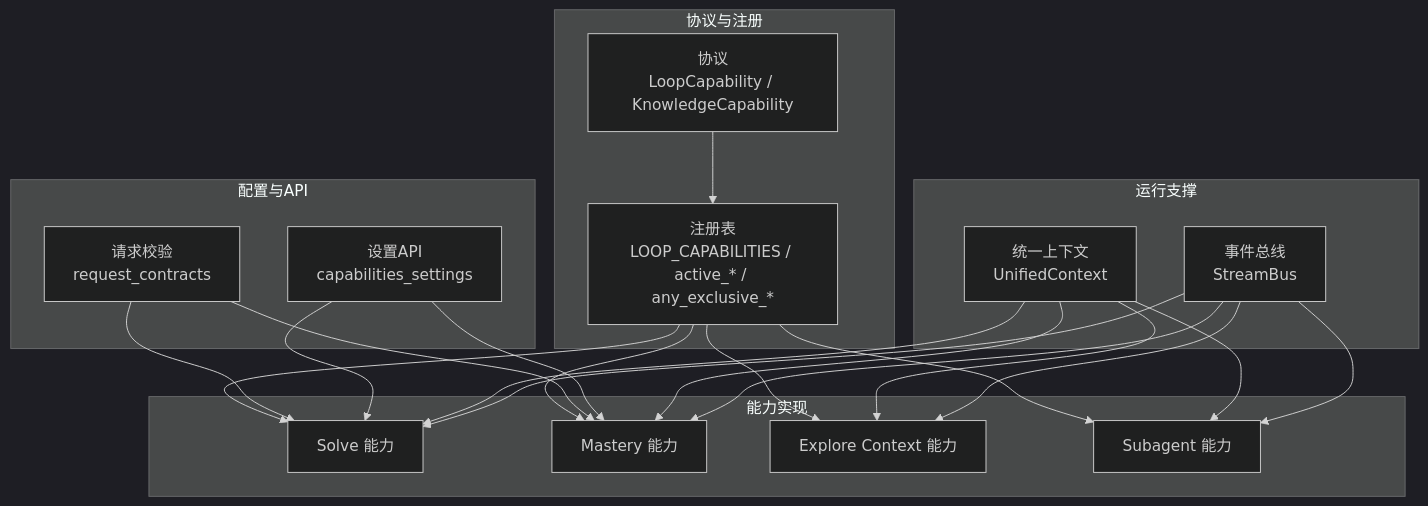
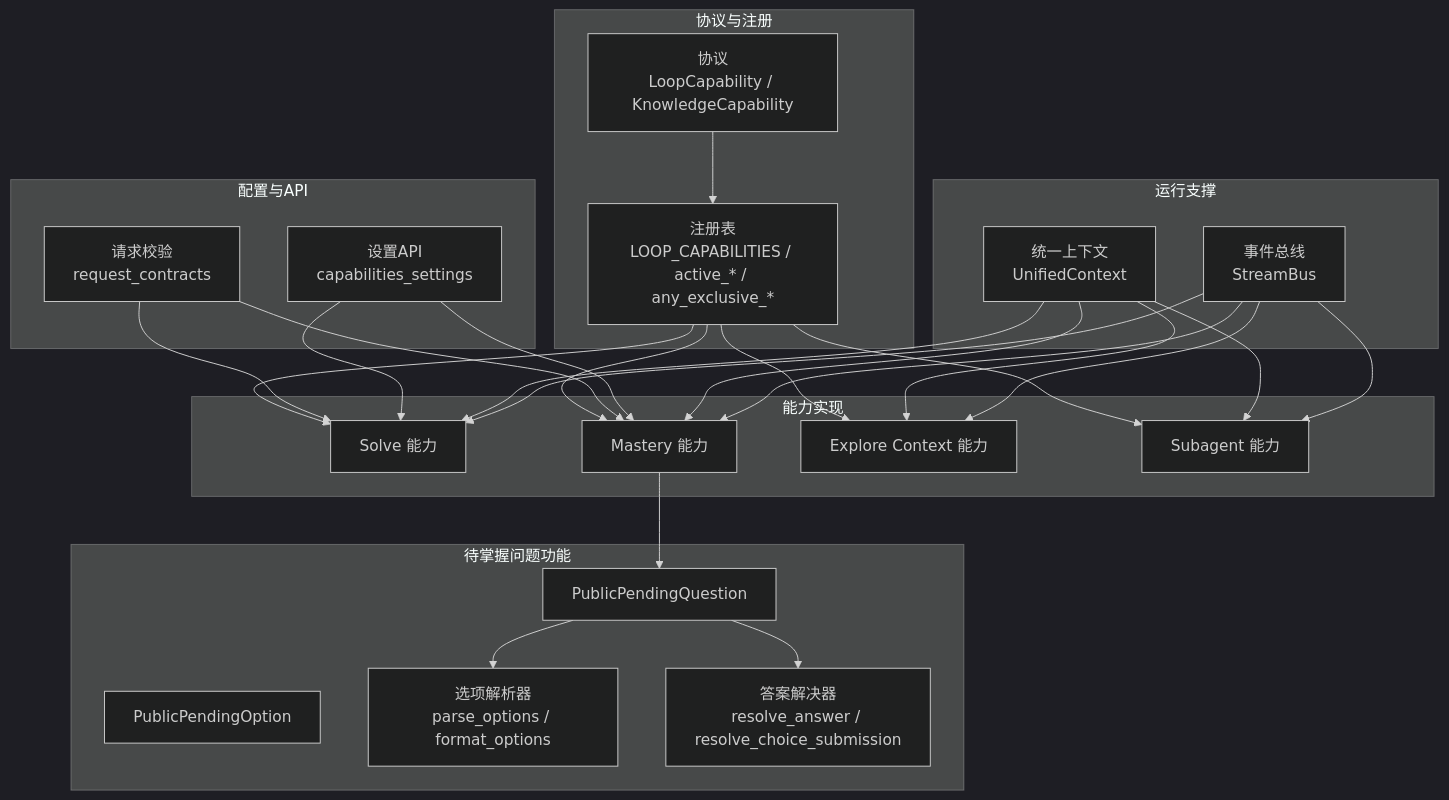
One commit to gongzili456/DeepTutor changed the first of 10 diagrams in .qoder/repowiki/zh/content/核心架构/能力系统/能力系统.md. Above: the diagram before and after it, drawn with Mermaid (dark theme). The commit also changed other lines of this file and 821 other files, not shown here.

````diff
--- a/.qoder/repowiki/zh/content/核心架构/能力系统/能力系统.md
+++ b/.qoder/repowiki/zh/content/核心架构/能力系统/能力系统.md
@@ -50,38 +64,47 @@
 ```mermaid
 graph TB
 subgraph "协议与注册"
 P["协议<br/>LoopCapability / KnowledgeCapability"]
 R["注册表<br/>LOOP_CAPABILITIES / active_* / any_exclusive_*"]
 end
 subgraph "能力实现"
 S["Solve 能力"]
 M["Mastery 能力"]
 E["Explore Context 能力"]
 SA["Subagent 能力"]
+end
+subgraph "待掌握问题功能"
+PQ["PublicPendingQuestion"]
+PO["PublicPendingOption"]
+OP["选项解析器<br/>parse_options / format_options"]
+AR["答案解决器<br/>resolve_answer / resolve_choice_submission"]
 end
 subgraph "配置与API"
 C["请求校验<br/>request_contracts"]
 A["设置API<br/>capabilities_settings"]
 end
 subgraph "运行支撑"
 U["统一上下文<br/>UnifiedContext"]
 SB["事件总线<br/>StreamBus"]
 end
 P --> R
 R --> S
 R --> M
 R --> E
 R --> SA
 C --> S
 C --> M
 A --> S
 A --> M
 U --> S
 U --> M
 U --> E
 U --> SA
 SB --> S
 SB --> M
 SB --> E
 SB --> SA
+M --> PQ
+PQ --> OP
+PQ --> AR
 ```
````
